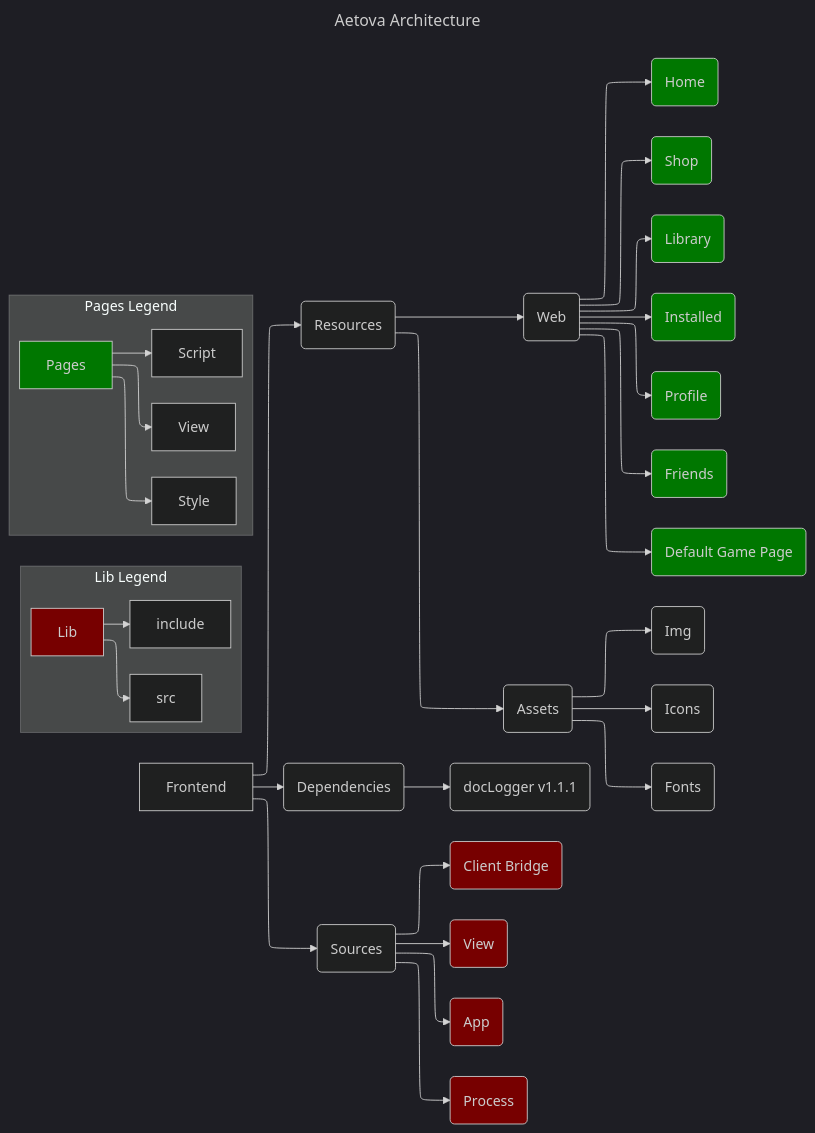
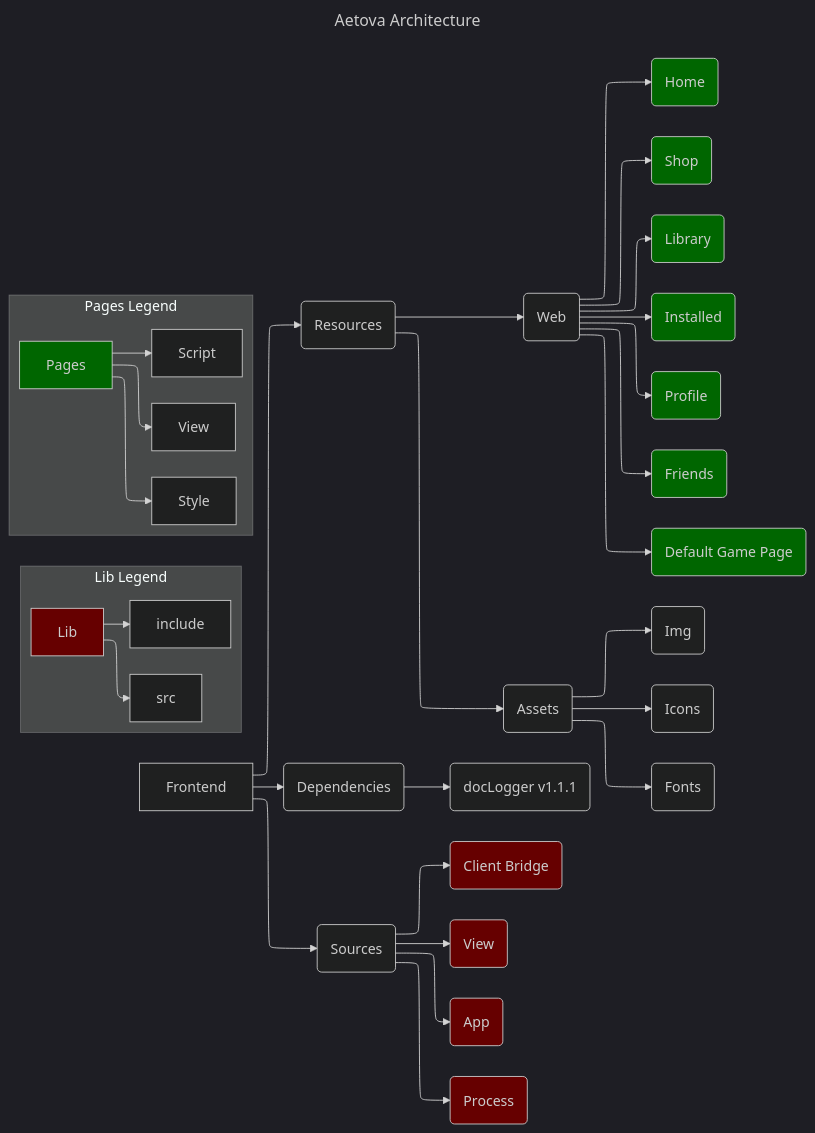
The diagram in Frontend/doc/architecture.mmd (RyuTatsukiSama/Aetova), drawn with Mermaid before and after one commit. The commit also changed 1 other file, not shown here.

```diff
--- a/Frontend/doc/architecture.mmd
+++ b/Frontend/doc/architecture.mmd
@@ -1,60 +1,60 @@
 ---
 title: Aetova Architecture
 config: 
     theme: dark
     layout: elk
     themeVariables:
         primaryTextColor: '#000'
 ---
 graph LR
 
-    classDef LibColor fill:#770000
-    classDef PageColor fill:#007700
+    classDef LibColor fill:#660000
+    classDef PageColor fill:#006600
 
     A[Frontend]
     A --> B(Resources)
     B --> BA(Web)
     BA --> BAA(Home)
     BA --> BAB(Shop)
     BA --> BAC(Library)
     BA --> BAD(Installed)
     BA --> BAE(Profile)
     BA --> BAF(Friends)
     BA --> BAG(Default Game Page)
     B --> BB(Assets)
     BB --> BBA(Img)
     BB --> BBB(Icons)
     BB --> BBC(Fonts)
     A --> C(Dependencies)
     C --> CA(docLogger v1.1.1)
     A --> D(Sources)
     D --> DA(Client Bridge)
     D --> DB(View)
     D --> DC(App)
     D --> DD(Process)
 
     class DA LibColor
     class DB LibColor
     class DC LibColor
     class DD LibColor
 
     class BAA PageColor
     class BAB PageColor
     class BAC PageColor
     class BAD PageColor
     class BAE PageColor
     class BAF PageColor
     class BAG PageColor
 
 subgraph Lib Legend
     Lib --> include
     Lib --> src
     class Lib LibColor
 end
 
 subgraph Pages Legend
     Pages --> View
     Pages --> Style
     Pages --> Script
     class Pages PageColor
 end
```
